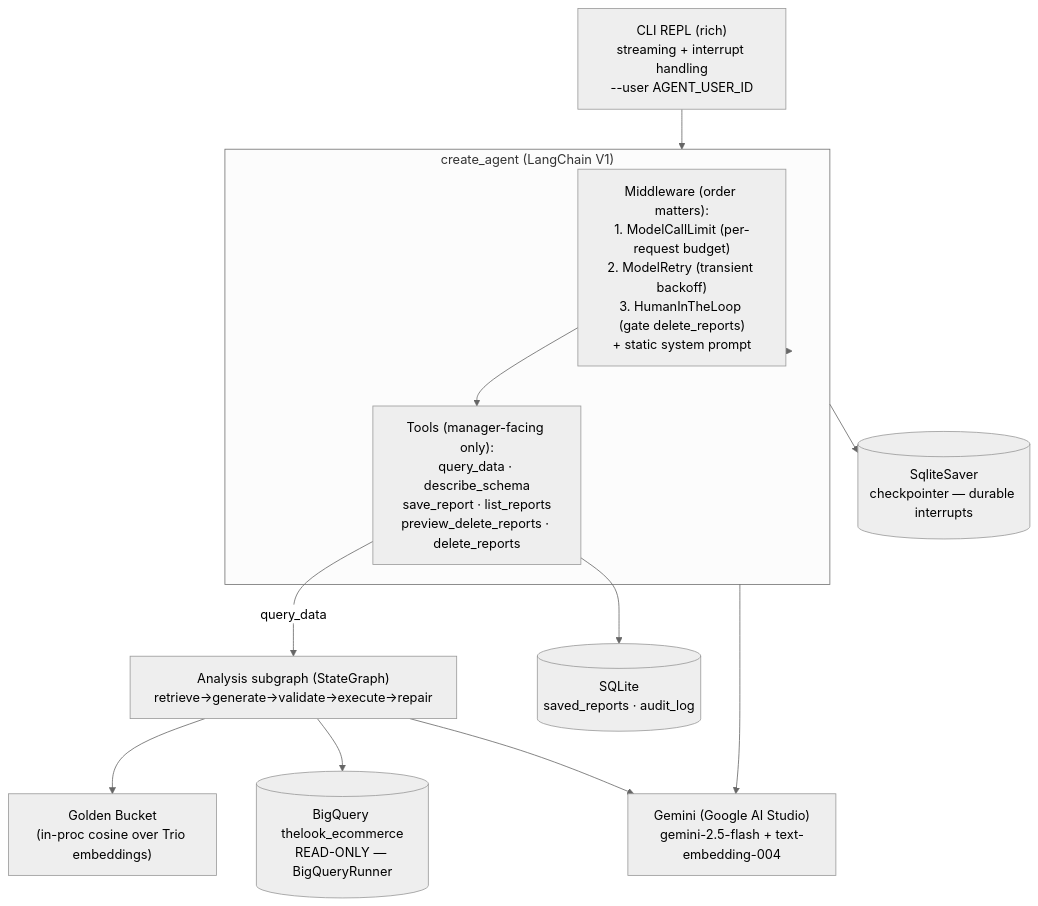
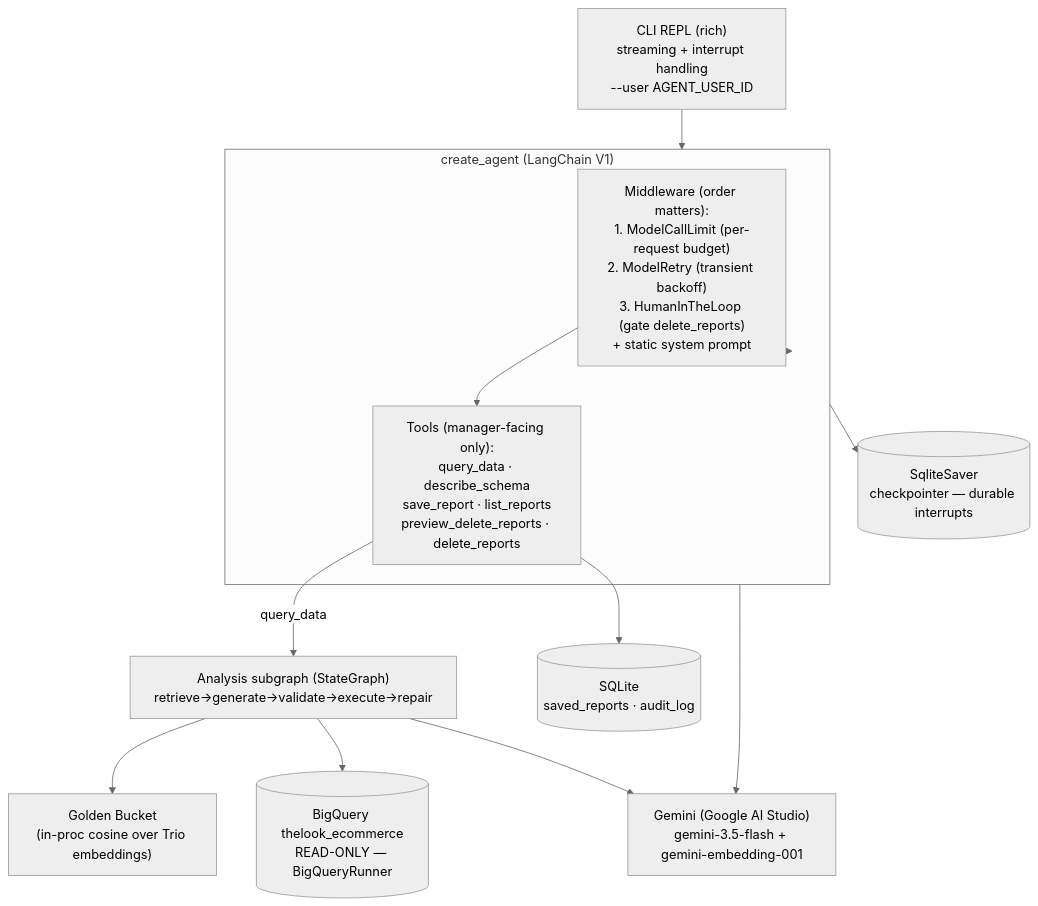
One commit to MiloradGlog/opsfleet-interview changed the first of 3 diagrams in docs/superpowers/specs/2026-05-30-retail-data-agent-prototype-design.md. Above: the diagram before and after it, drawn with Mermaid (neutral theme). The commit also changed other lines of this file, not shown here.

First line of the commit message:
Update prototype spec to Gemini 3.5 Flash + gemini-embedding-001

````diff
--- a/docs/superpowers/specs/2026-05-30-retail-data-agent-prototype-design.md
+++ b/docs/superpowers/specs/2026-05-30-retail-data-agent-prototype-design.md
@@ -39,24 +39,24 @@
 ```mermaid
 flowchart TB
     cli["CLI REPL (rich)\nstreaming + interrupt handling\n--user AGENT_USER_ID"]
     subgraph agent["create_agent (LangChain V1)"]
         mw["Middleware (order matters):\n1. ModelCallLimit (per-request budget)\n2. ModelRetry (transient backoff)\n3. HumanInTheLoop (gate delete_reports)\n+ static system prompt"]
         tools["Tools (manager-facing only):\nquery_data · describe_schema\nsave_report · list_reports\npreview_delete_reports · delete_reports"]
     end
     sg["Analysis subgraph (StateGraph)\nretrieve→generate→validate→execute→repair"]
     gb["Golden Bucket\n(in-proc cosine over Trio embeddings)"]
     bq[("BigQuery thelook_ecommerce\nREAD-ONLY — BigQueryRunner")]
     sqlite[("SQLite\nsaved_reports · audit_log")]
     ckpt[("SqliteSaver\ncheckpointer — durable interrupts")]
-    gem["Gemini (Google AI Studio)\ngemini-2.5-flash + text-embedding-004"]
+    gem["Gemini (Google AI Studio)\ngemini-3.5-flash + gemini-embedding-001"]
 
     cli --> agent
     agent --> mw --> tools
     tools -->|query_data| sg
     sg --> gb
     sg --> bq
     sg --> gem
     agent --> gem
     tools --> sqlite
     agent --> ckpt
 ```
````
